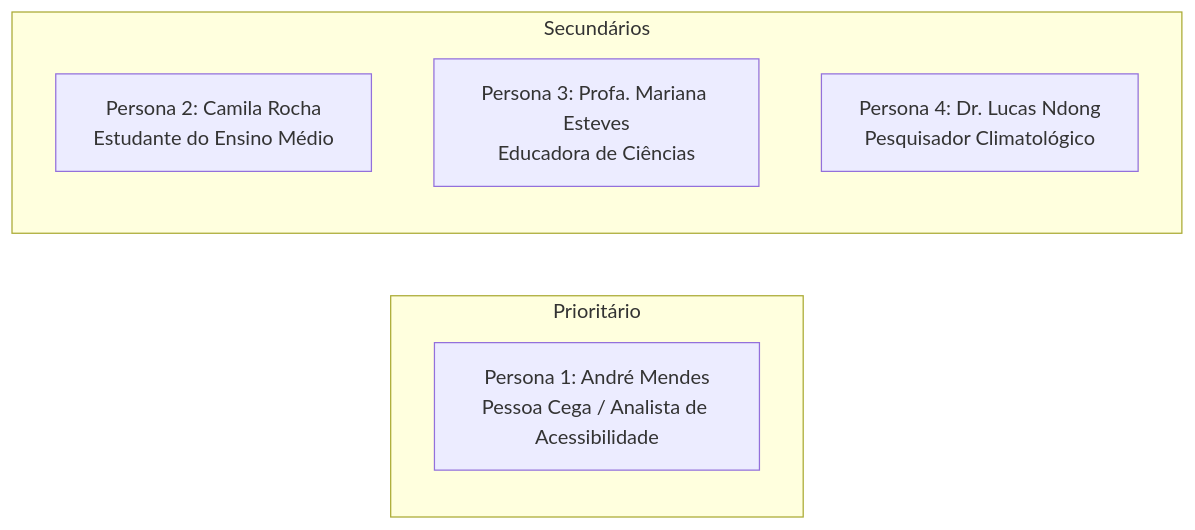
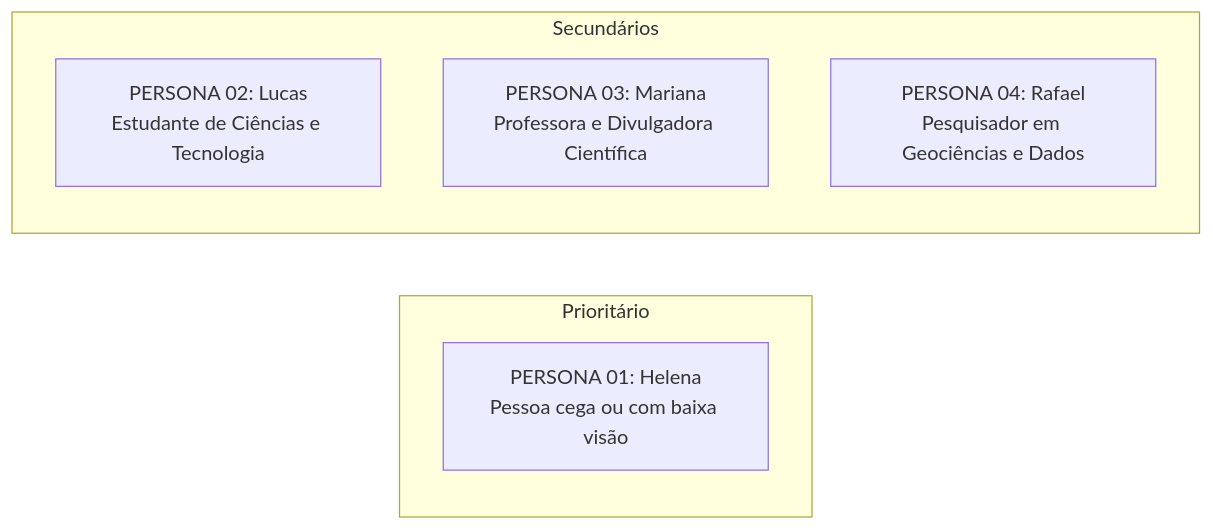
One commit to sarahgleice/Sonatlas_nasa changed the diagram in docs/02-personas/index.md. Above: the diagram before and after it, drawn with Mermaid. The commit also changed other lines of this file and 6 other files, not shown here.

````diff
--- a/docs/02-personas/index.md
+++ b/docs/02-personas/index.md
@@ -12,11 +12,11 @@
 ```mermaid
 graph LR
     subgraph Prioritário
-        P1["Persona 1: André Mendes<br/>Pessoa Cega / Analista de Acessibilidade"]
+        P1["PERSONA 01: Helena<br/>Pessoa cega ou com baixa visão"]
     end
     subgraph Secundários
-        P2["Persona 2: Camila Rocha<br/>Estudante do Ensino Médio"]
-        P3["Persona 3: Profa. Mariana Esteves<br/>Educadora de Ciências"]
-        P4["Persona 4: Dr. Lucas Ndong<br/>Pesquisador Climatológico"]
+        P2["PERSONA 02: Lucas<br/>Estudante de Ciências e Tecnologia"]
+        P3["PERSONA 03: Mariana<br/>Professora e Divulgadora Científica"]
+        P4["PERSONA 04: Rafael<br/>Pesquisador em Geociências e Dados"]
     end
 ```
````
